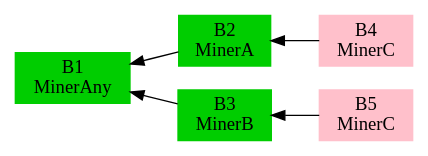
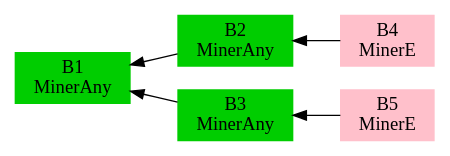
Before and after one commit to filecoin-project/specs: the diagram in src/algorithms/expected_consensus/diagrams/double_fork.dot, drawn with Graphviz. The commit also changed 6 other files, not shown here.

```diff
--- a/src/algorithms/expected_consensus/diagrams/double_fork.dot
+++ b/src/algorithms/expected_consensus/diagrams/double_fork.dot
@@ -1,13 +1,13 @@
 digraph G {
   rankdir=RL;
   node [shape=box, style="filled", color="green3"]
 
   B1 [label="B1\nMinerAny"]
-  B2 [label="B2\nMinerA"]
-  B3 [label="B3\nMinerB"]
-  B4 [label="B4\nMinerC",   color=pink]
-  B5 [label="B5\nMinerC",   color=pink]
+  B2 [label="B2\nMinerAny"]
+  B3 [label="B3\nMinerAny"]
+  B4 [label="B4\nMinerE",   color=pink]
+  B5 [label="B5\nMinerE",   color=pink]
 
   B4 -> B2 -> B1
   B5 -> B3 -> B1
 }
```
